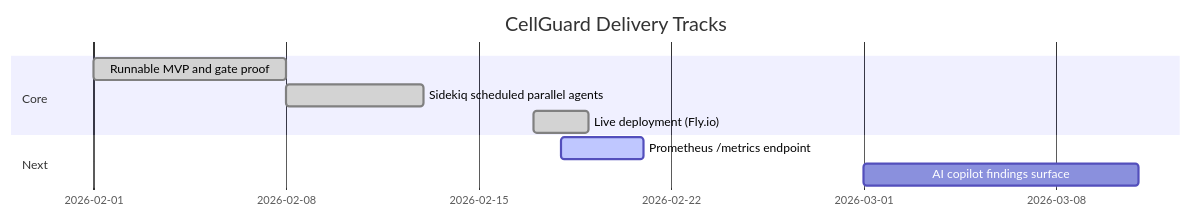
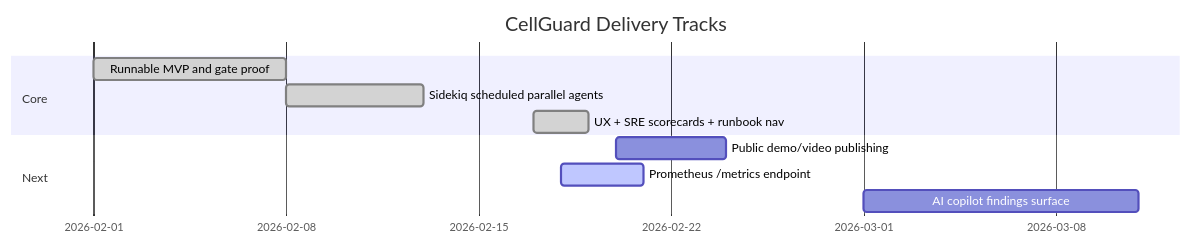
Before and after one commit to AngelP17/Cellguard: the third of 3 diagrams in README.md, drawn with Mermaid. The commit also changed other lines of this file and 1 other file, not shown here.

Commit message:
docs: remove hosted demo references and switch to local-first

````diff
--- a/README.md
+++ b/README.md
@@ -266,12 +227,13 @@
 ```mermaid
 gantt
     title CellGuard Delivery Tracks
     dateFormat  YYYY-MM-DD
     section Core
     Runnable MVP and gate proof       :done, c1, 2026-02-01, 7d
     Sidekiq scheduled parallel agents :done, c2, 2026-02-08, 5d
-    Live deployment (Fly.io)          :done, c3, 2026-02-17, 2d
+    UX + SRE scorecards + runbook nav :done, c3, 2026-02-17, 2d
     section Next
+    Public demo/video publishing      :n0, 2026-02-20, 4d
     Prometheus /metrics endpoint      :active, n1, 2026-02-18, 3d
     AI copilot findings surface       :n2, 2026-03-01, 10d
 ```
````
